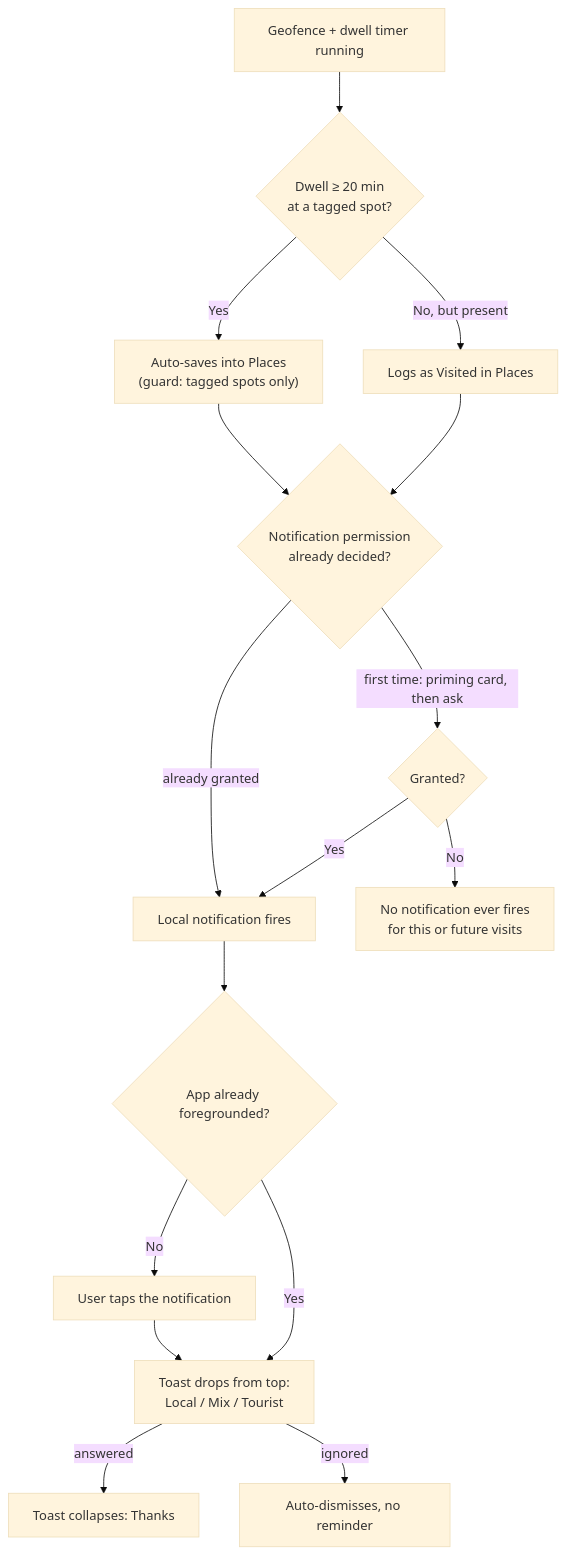
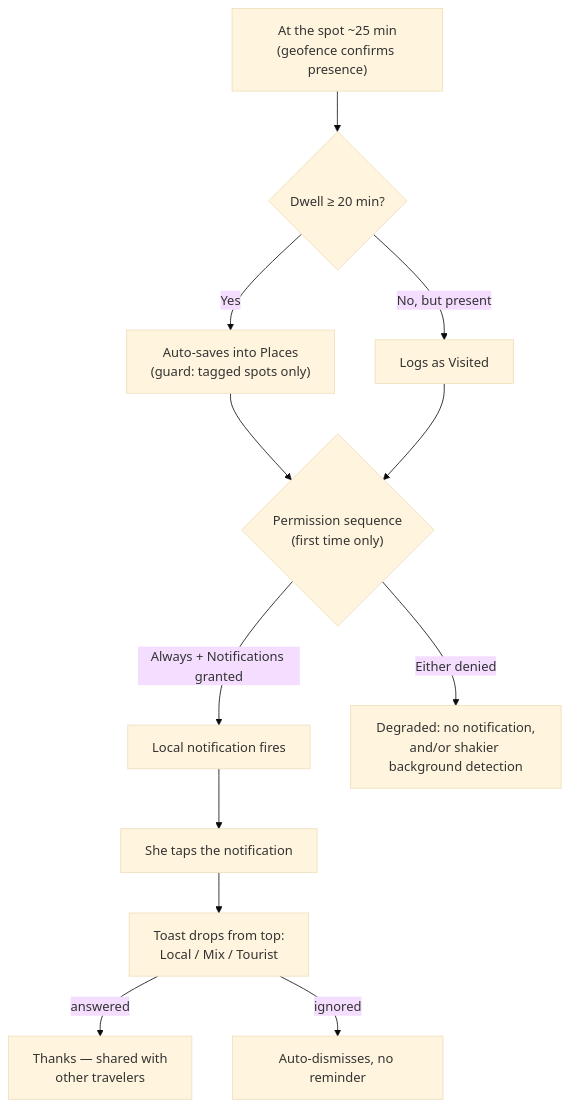
Before and after one commit to AviranGrisaro/passenger-brain: the fourth of 8 diagrams in design/ux-flows.md, drawn with Mermaid (base theme). The commit also changed other lines of this file and 2 other files, not shown here.

First line of the commit message:
design: revise UX flows doc per Aviran's 5 founder-direct notes

````diff
--- a/design/ux-flows.md
+++ b/design/ux-flows.md
@@ -264,17 +168,13 @@
 ```mermaid
 flowchart TD
-    V[Geofence + dwell timer running] --> DW{Dwell ≥ 20 min<br/>at a tagged spot?}
-    DW -->|Yes| AS["Auto-saves into Places<br/>(guard: tagged spots only)"]
-    DW -->|No, but present| VIS[Logs as Visited in Places]
-    AS --> W{Notification permission<br/>already decided?}
-    VIS --> W
-    W -->|first time: priming card, then ask| X{Granted?}
-    W -->|already granted| Y[Local notification fires]
-    X -->|Yes| Y
-    X -->|No| Z[No notification ever fires<br/>for this or future visits]
-    Y --> AA{App already foregrounded?}
-    AA -->|No| BB[User taps the notification] --> CC[Toast drops from top:<br/>Local / Mix / Tourist]
-    AA -->|Yes| CC
-    CC -->|answered| DD[Toast collapses: Thanks]
-    CC -->|ignored| EE[Auto-dismisses, no reminder]
+    A["At the spot ~25 min<br/>(geofence confirms presence)"] --> B{Dwell ≥ 20 min?}
+    B -->|Yes| C["Auto-saves into Places<br/>(guard: tagged spots only)"]
+    B -->|No, but present| D[Logs as Visited]
+    C --> E{"Permission sequence<br/>(first time only)"}
+    D --> E
+    E -->|Always + Notifications granted| F[Local notification fires]
+    E -->|Either denied| G["Degraded: no notification,<br/>and/or shakier background detection"]
+    F --> H[She taps the notification] --> I["Toast drops from top:<br/>Local / Mix / Tourist"]
+    I -->|answered| J["Thanks — shared with<br/>other travelers"]
+    I -->|ignored| K[Auto-dismisses, no reminder]
 ```
````
